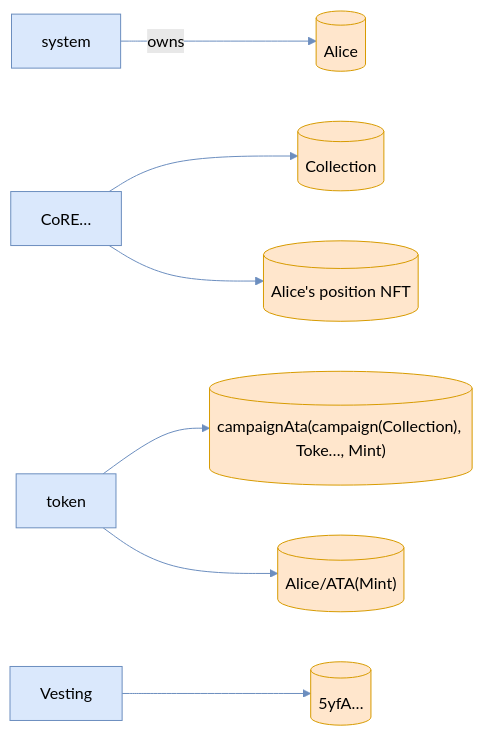
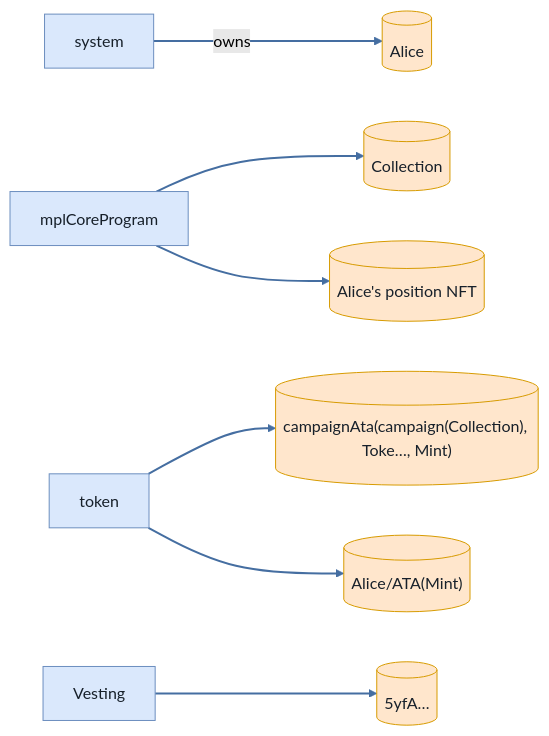
The sixth of 12 diagrams in babelfish-tests/test-report/vested_tokens_are_forfeited_past_the_grace_window.md (cds-turbin3/vesting-position), drawn with Mermaid (forest theme) before and after one commit. The commit also changed other lines of this file and 106 other files, not shown here.

````diff
--- a/babelfish-tests/test-report/vested_tokens_are_forfeited_past_the_grace_window.md
+++ b/babelfish-tests/test-report/vested_tokens_are_forfeited_past_the_grace_window.md
@@ -339,23 +337,23 @@
 ```mermaid
 flowchart LR
     system["system"]:::program
     Alice[("Alice")]:::state
-    CoRE["CoRE…"]:::program
+    mplCoreProgram["mplCoreProgram"]:::program
     Collection[("Collection")]:::state
     token["token"]:::program
     campaignAtacampaignCollectionTokeMint[("campaignAta(campaign(Collection), Toke…, Mint)")]:::state
     AliceATAMint[("Alice/ATA(Mint)")]:::state
     AlicespositionNFT[("Alice's position NFT")]:::state
     Vesting["Vesting"]:::program
     n5yfA[("5yfA…")]:::state
     system -->|owns| Alice
-    CoRE --> Collection
+    mplCoreProgram --> Collection
     token --> campaignAtacampaignCollectionTokeMint
     token --> AliceATAMint
-    CoRE --> AlicespositionNFT
+    mplCoreProgram --> AlicespositionNFT
     Vesting --> n5yfA
-    classDef program fill:#dae8fc,stroke:#6c8ebf;
-    classDef signer fill:#d5e8d4,stroke:#82b366;
-    classDef state fill:#ffe6cc,stroke:#d79b00;
-    linkStyle 0,1,2,3,4,5 stroke:#6c8ebf
+    classDef program fill:#dae8fc,stroke:#6c8ebf,color:#17202a;
+    classDef signer fill:#d5e8d4,stroke:#82b366,color:#17202a;
+    classDef state fill:#ffe6cc,stroke:#d79b00,color:#17202a;
+    linkStyle 0,1,2,3,4,5 stroke:#456ea1,stroke-width:2px
 ```
````
